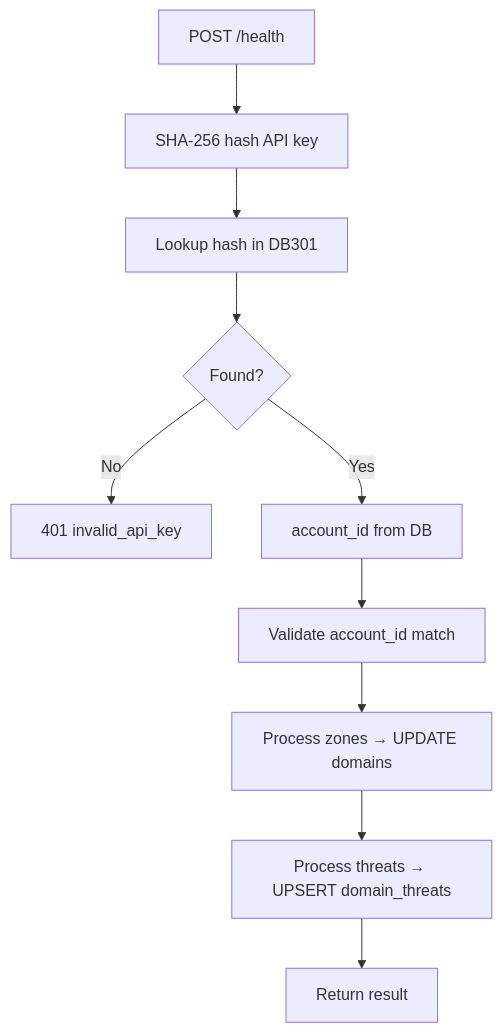
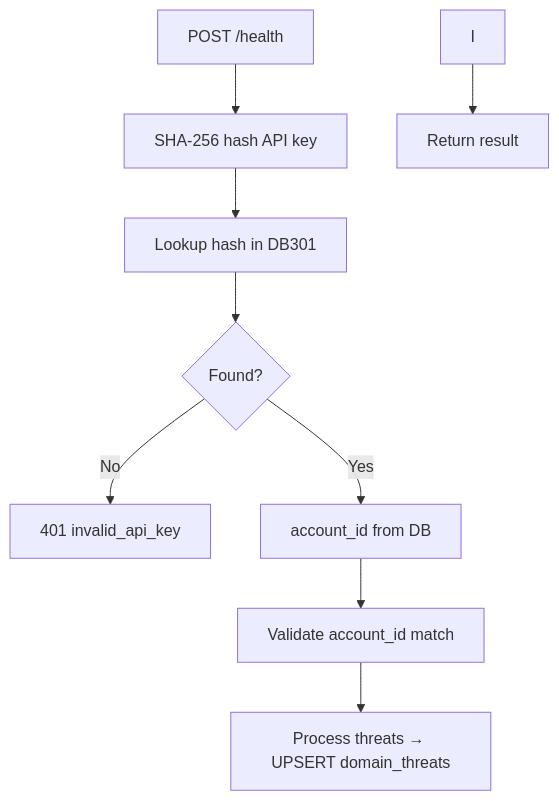
Before and after one commit to admin310st/301: the first of 2 diagrams in wiki/API_Health.md, drawn with Mermaid. The commit also changed other lines of this file and 14 other files, not shown here.

````diff
--- a/wiki/API_Health.md
+++ b/wiki/API_Health.md
@@ -160,12 +151,11 @@
 ```mermaid
 flowchart TB
     A[POST /health] --> B[SHA-256 hash API key]
     B --> C[Lookup hash in DB301]
     C --> D{Found?}
     D -->|No| E[401 invalid_api_key]
     D -->|Yes| F[account_id from DB]
     F --> G[Validate account_id match]
-    G --> H[Process zones → UPDATE domains]
-    H --> I[Process threats → UPSERT domain_threats]
+    G --> H[Process threats → UPSERT domain_threats]
     I --> J[Return result]
 ```
````
